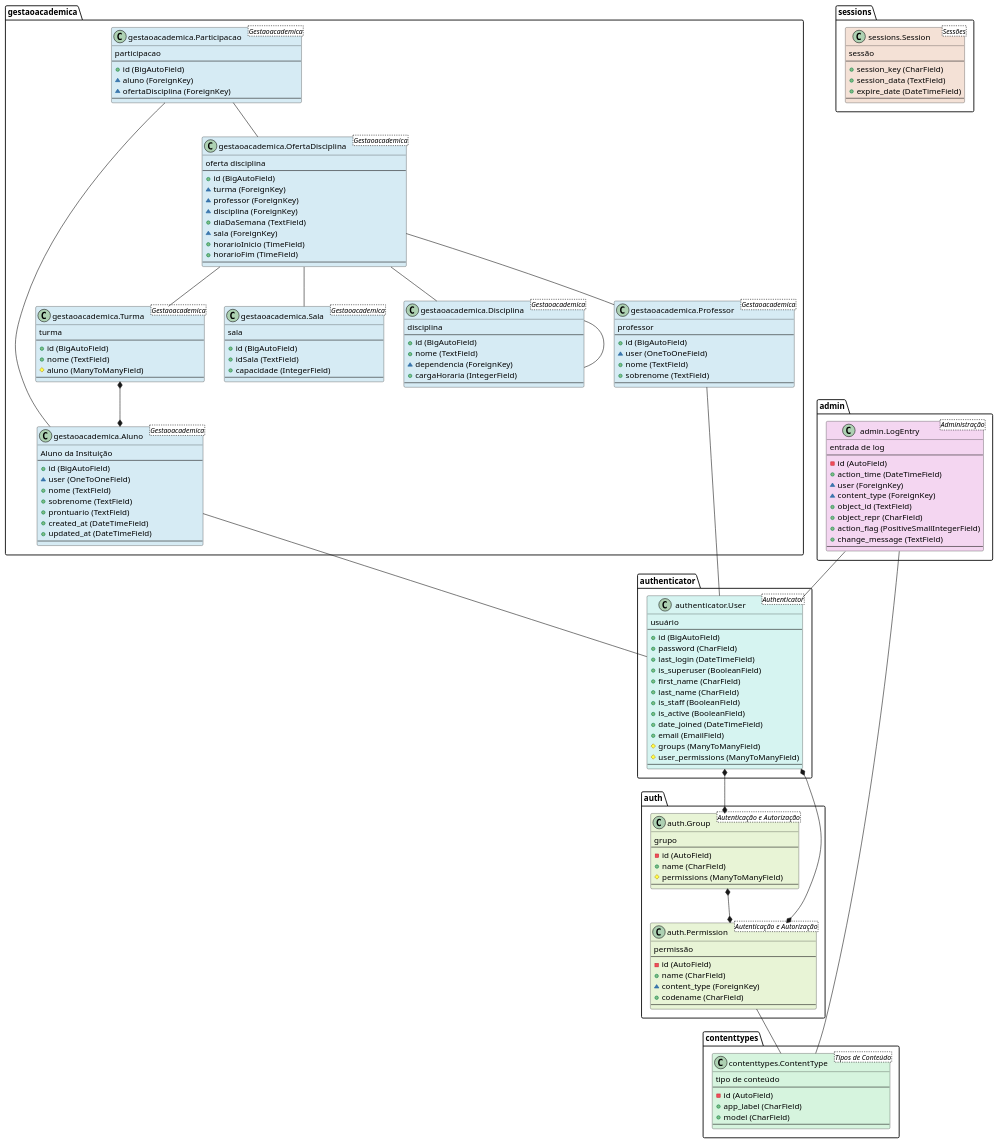
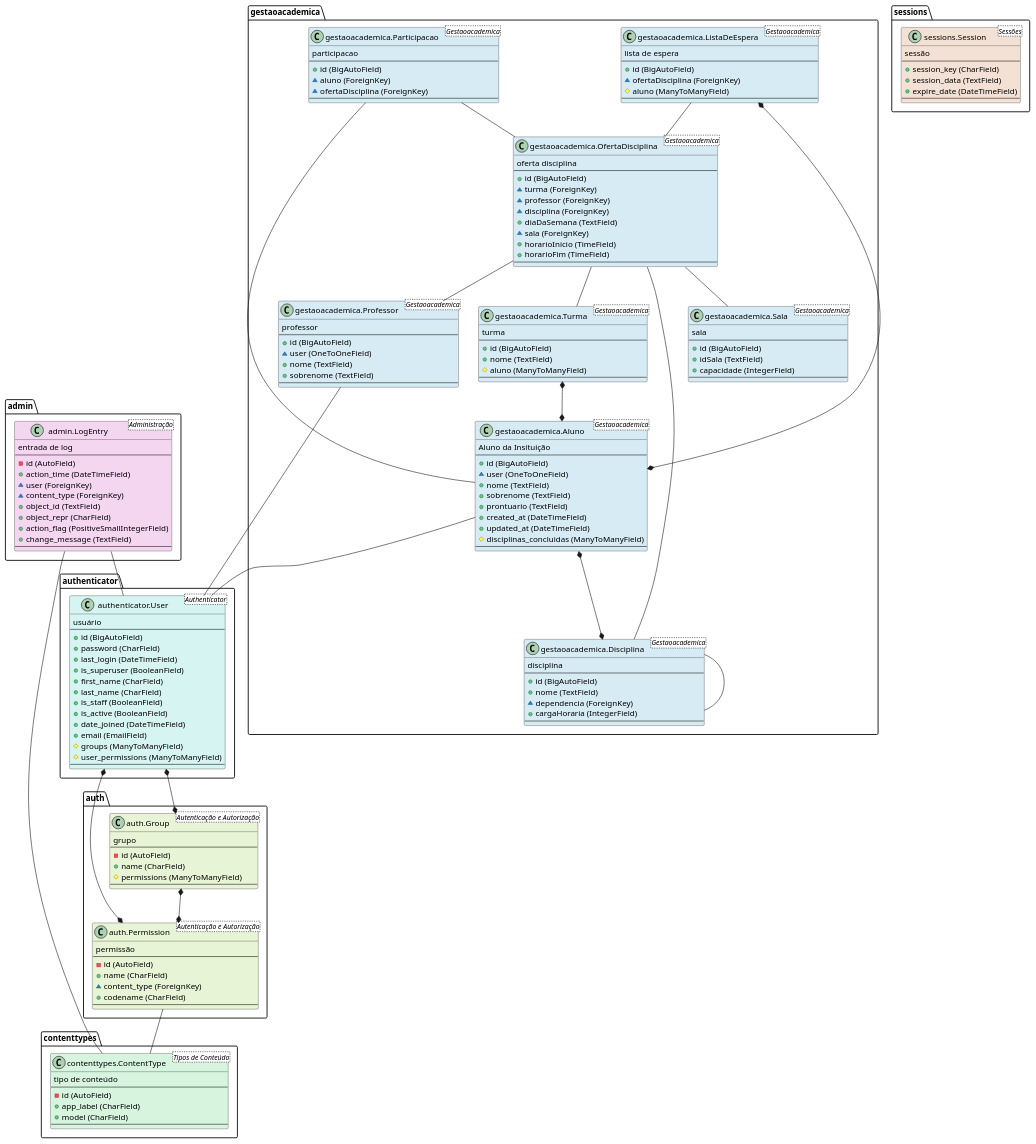
Before and after one commit to thigcampos/gestao-academica: the diagram in models_diagram.puml, drawn with PlantUML. The commit also changed 1 other file, not shown here.

Commit message:
chore: add updated uml diagram and coverage report

```diff
--- a/models_diagram.puml
+++ b/models_diagram.puml
@@ -1,174 +1,188 @@
 @startuml 
 class "authenticator.User <Authenticator>" as authenticator.User #d6f4f1 {
     usuário
     --
     + id (BigAutoField)
     + password (CharField)
     + last_login (DateTimeField)
     + is_superuser (BooleanField)
     + first_name (CharField)
     + last_name (CharField)
     + is_staff (BooleanField)
     + is_active (BooleanField)
     + date_joined (DateTimeField)
     + email (EmailField)
     # groups (ManyToManyField)
     # user_permissions (ManyToManyField)
     --
 }
 authenticator.User *--* auth.Group
 authenticator.User *--* auth.Permission
 
 
 class "admin.LogEntry <Administração>" as admin.LogEntry #f4d6f1 {
     entrada de log
     --
     - id (AutoField)
     + action_time (DateTimeField)
     ~ user (ForeignKey)
     ~ content_type (ForeignKey)
     + object_id (TextField)
     + object_repr (CharField)
     + action_flag (PositiveSmallIntegerField)
     + change_message (TextField)
     --
 }
 admin.LogEntry -- authenticator.User
 admin.LogEntry -- contenttypes.ContentType
 
 
 class "auth.Permission <Autenticação e Autorização>" as auth.Permission #e8f4d6 {
     permissão
     --
     - id (AutoField)
     + name (CharField)
     ~ content_type (ForeignKey)
     + codename (CharField)
     --
 }
 auth.Permission -- contenttypes.ContentType
 
 
 class "auth.Group <Autenticação e Autorização>" as auth.Group #e8f4d6 {
     grupo
     --
     - id (AutoField)
     + name (CharField)
     # permissions (ManyToManyField)
     --
 }
 auth.Group *--* auth.Permission
 
 
 class "contenttypes.ContentType <Tipos de Conteúdo>" as contenttypes.ContentType #d6f4de {
     tipo de conteúdo
     --
     - id (AutoField)
     + app_label (CharField)
     + model (CharField)
     --
 }
 
 
 class "sessions.Session <Sessões>" as sessions.Session #f4e1d6 {
     sessão
     --
     + session_key (CharField)
     + session_data (TextField)
     + expire_date (DateTimeField)
     --
 }
 
 
+class "gestaoacademica.Disciplina <Gestaoacademica>" as gestaoacademica.Disciplina #d6ebf4 {
+    disciplina
+    --
+    + id (BigAutoField)
+    + nome (TextField)
+    ~ dependencia (ForeignKey)
+    + cargaHoraria (IntegerField)
+    --
+}
+gestaoacademica.Disciplina -- gestaoacademica.Disciplina
+
+
 class "gestaoacademica.Aluno <Gestaoacademica>" as gestaoacademica.Aluno #d6ebf4 {
     Aluno da Insituição
     --
     + id (BigAutoField)
     ~ user (OneToOneField)
     + nome (TextField)
     + sobrenome (TextField)
     + prontuario (TextField)
     + created_at (DateTimeField)
     + updated_at (DateTimeField)
+    # disciplinas_concluidas (ManyToManyField)
     --
 }
 gestaoacademica.Aluno -- authenticator.User
+gestaoacademica.Aluno *--* gestaoacademica.Disciplina
 
 
 class "gestaoacademica.Professor <Gestaoacademica>" as gestaoacademica.Professor #d6ebf4 {
     professor
     --
     + id (BigAutoField)
     ~ user (OneToOneField)
     + nome (TextField)
     + sobrenome (TextField)
     --
 }
 gestaoacademica.Professor -- authenticator.User
 
 
 class "gestaoacademica.Turma <Gestaoacademica>" as gestaoacademica.Turma #d6ebf4 {
     turma
     --
     + id (BigAutoField)
     + nome (TextField)
     # aluno (ManyToManyField)
     --
 }
 gestaoacademica.Turma *--* gestaoacademica.Aluno
 
 
 class "gestaoacademica.Sala <Gestaoacademica>" as gestaoacademica.Sala #d6ebf4 {
     sala
     --
     + id (BigAutoField)
     + idSala (TextField)
     + capacidade (IntegerField)
     --
 }
 
 
-class "gestaoacademica.Disciplina <Gestaoacademica>" as gestaoacademica.Disciplina #d6ebf4 {
-    disciplina
-    --
-    + id (BigAutoField)
-    + nome (TextField)
-    ~ dependencia (ForeignKey)
-    + cargaHoraria (IntegerField)
-    --
-}
-gestaoacademica.Disciplina -- gestaoacademica.Disciplina
-
-
 class "gestaoacademica.OfertaDisciplina <Gestaoacademica>" as gestaoacademica.OfertaDisciplina #d6ebf4 {
     oferta disciplina
     --
     + id (BigAutoField)
     ~ turma (ForeignKey)
     ~ professor (ForeignKey)
     ~ disciplina (ForeignKey)
     + diaDaSemana (TextField)
     ~ sala (ForeignKey)
     + horarioInicio (TimeField)
     + horarioFim (TimeField)
     --
 }
 gestaoacademica.OfertaDisciplina -- gestaoacademica.Turma
 gestaoacademica.OfertaDisciplina -- gestaoacademica.Professor
 gestaoacademica.OfertaDisciplina -- gestaoacademica.Disciplina
 gestaoacademica.OfertaDisciplina -- gestaoacademica.Sala
 
 
 class "gestaoacademica.Participacao <Gestaoacademica>" as gestaoacademica.Participacao #d6ebf4 {
     participacao
     --
     + id (BigAutoField)
     ~ aluno (ForeignKey)
     ~ ofertaDisciplina (ForeignKey)
     --
 }
 gestaoacademica.Participacao -- gestaoacademica.Aluno
 gestaoacademica.Participacao -- gestaoacademica.OfertaDisciplina
 
 
+class "gestaoacademica.ListaDeEspera <Gestaoacademica>" as gestaoacademica.ListaDeEspera #d6ebf4 {
+    lista de espera
+    --
+    + id (BigAutoField)
+    ~ ofertaDisciplina (ForeignKey)
+    # aluno (ManyToManyField)
+    --
+}
+gestaoacademica.ListaDeEspera -- gestaoacademica.OfertaDisciplina
+gestaoacademica.ListaDeEspera *--* gestaoacademica.Aluno
+
+
 @enduml
```
